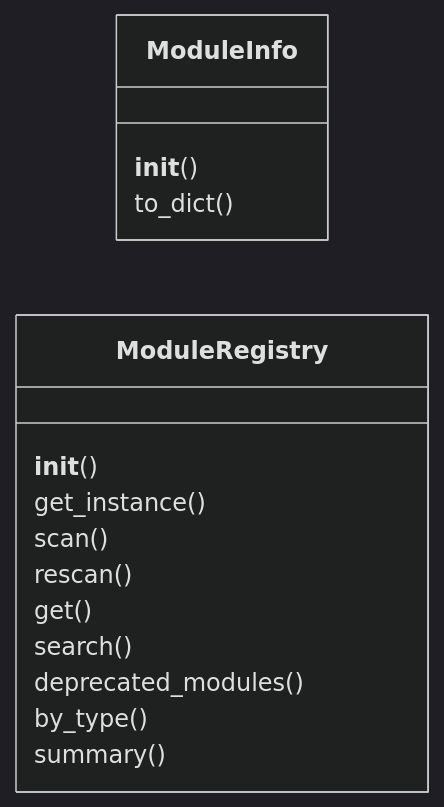
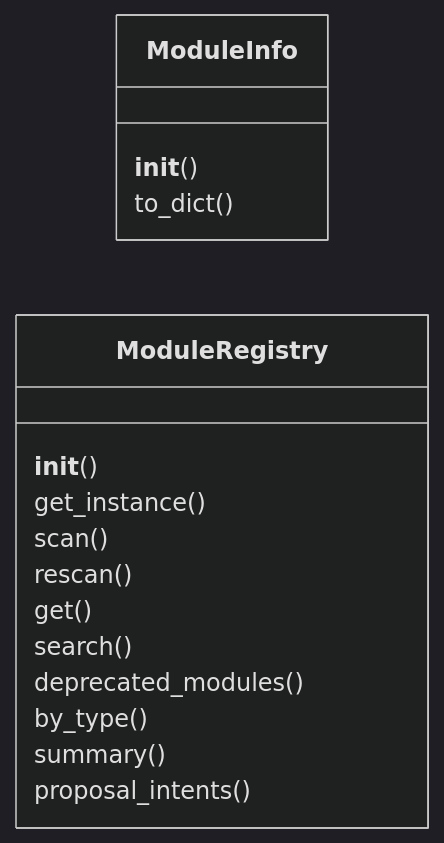
The first of 2 diagrams in readmenator-apidocs/modules/modules.module_registry.py.md (grisuno/LazyOwn), drawn with Mermaid (dark theme) before and after one commit. The commit also changed other lines of this file and 415 other files, not shown here.

````diff
--- a/readmenator-apidocs/modules/modules.module_registry.py.md
+++ b/readmenator-apidocs/modules/modules.module_registry.py.md
@@ -20,17 +20,18 @@
 ```mermaid
 classDiagram
     direction LR
     class ModuleInfo
     ModuleInfo : __init__()
     ModuleInfo : to_dict()
     class ModuleRegistry
     ModuleRegistry : __init__()
     ModuleRegistry : get_instance()
     ModuleRegistry : scan()
     ModuleRegistry : rescan()
     ModuleRegistry : get()
     ModuleRegistry : search()
     ModuleRegistry : deprecated_modules()
     ModuleRegistry : by_type()
     ModuleRegistry : summary()
+    ModuleRegistry : proposal_intents()
 ```
````
